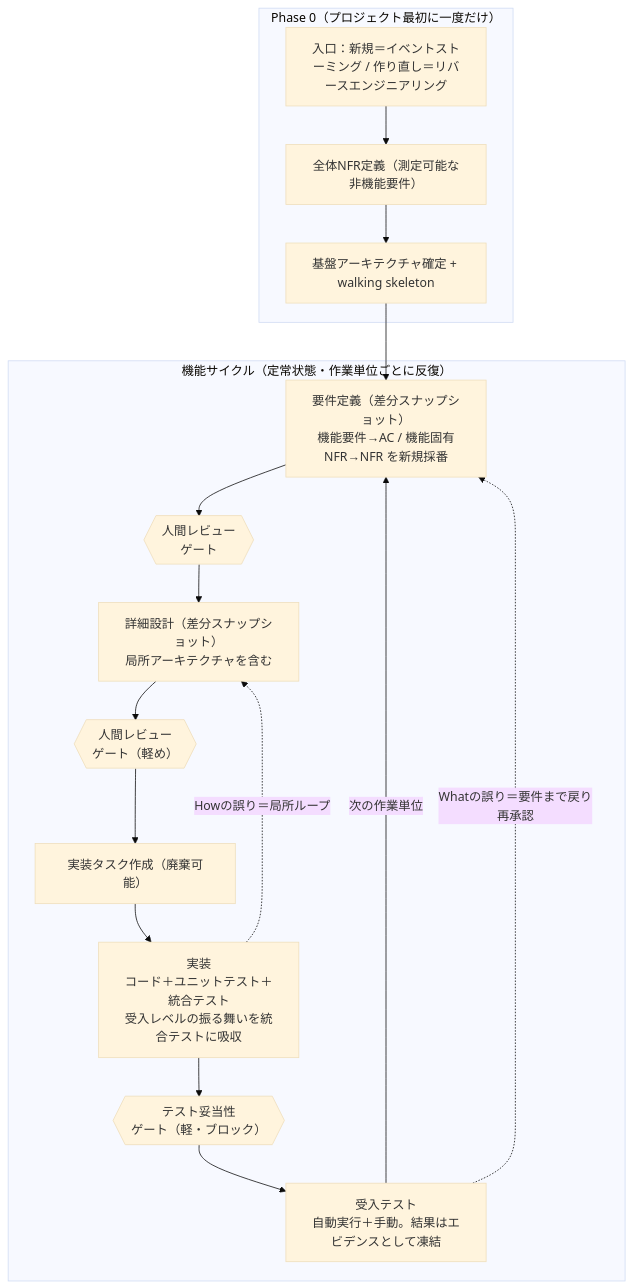
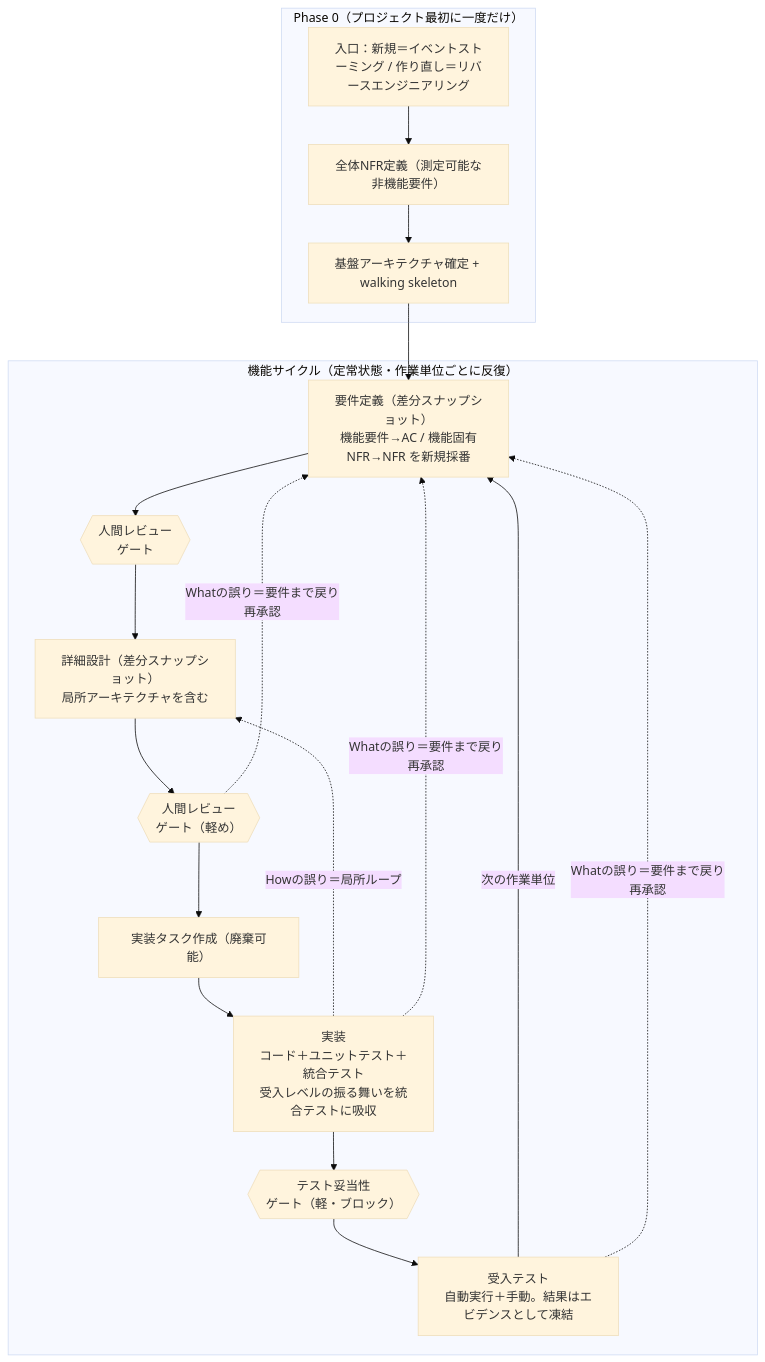
Before and after one commit to Uta-member/sdd-define-docs: the diagram in 正式ドキュメント/SDD全体フロー.md, drawn with Mermaid (base theme). The commit also changed other lines of this file and 1 other file, not shown here.

Commit message:
P3-1を解決

````diff
--- a/正式ドキュメント/SDD全体フロー.md
+++ b/正式ドキュメント/SDD全体フロー.md
@@ -14,27 +14,29 @@
 ```mermaid
 flowchart TD
     subgraph P0["Phase 0（プロジェクト最初に一度だけ）"]
         A0["入口：新規＝イベントストーミング / 作り直し＝リバースエンジニアリング"]
         A1["全体NFR定義（測定可能な非機能要件）"]
         A2["基盤アーキテクチャ確定 + walking skeleton"]
         A0 --> A1 --> A2
     end
 
     subgraph CYCLE["機能サイクル（定常状態・作業単位ごとに反復）"]
         B1["要件定義（差分スナップショット）<br/>機能要件→AC / 機能固有NFR→NFR を新規採番"]
         G1{{"人間レビュー<br/>ゲート"}}
         B2["詳細設計（差分スナップショット）<br/>局所アーキテクチャを含む"]
         G2{{"人間レビュー<br/>ゲート（軽め）"}}
         B3["実装タスク作成（廃棄可能）"]
         B4["実装<br/>コード＋ユニットテスト＋統合テスト<br/>受入レベルの振る舞いを統合テストに吸収"]
         G3{{"テスト妥当性<br/>ゲート（軽・ブロック）"}}
         B5["受入テスト<br/>自動実行＋手動。結果はエビデンスとして凍結"]
         B1 --> G1 --> B2 --> G2 --> B3 --> B4 --> G3 --> B5
     end
 
     A2 --> B1
     B5 -->|次の作業単位| B1
 
     B4 -.->|Howの誤り＝局所ループ| B2
+    G2 -.->|Whatの誤り＝要件まで戻り再承認| B1
+    B4 -.->|Whatの誤り＝要件まで戻り再承認| B1
     B5 -.->|Whatの誤り＝要件まで戻り再承認| B1
 ```
````
